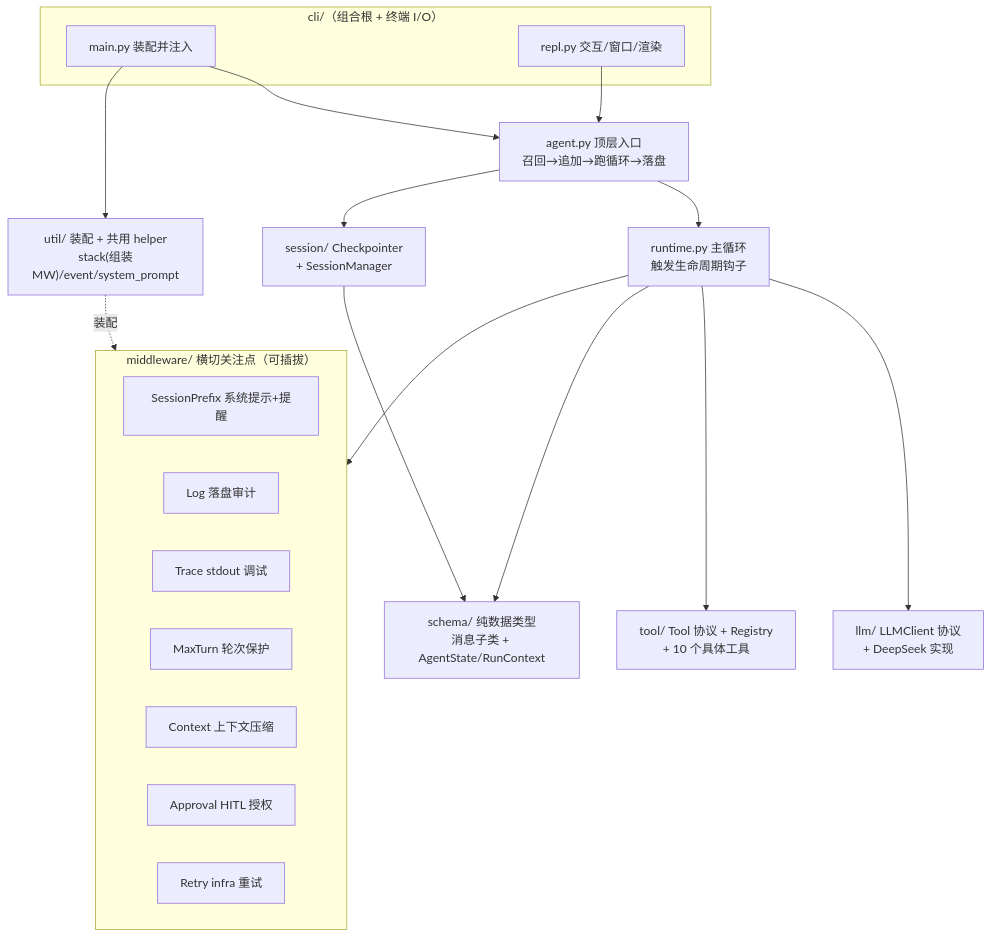
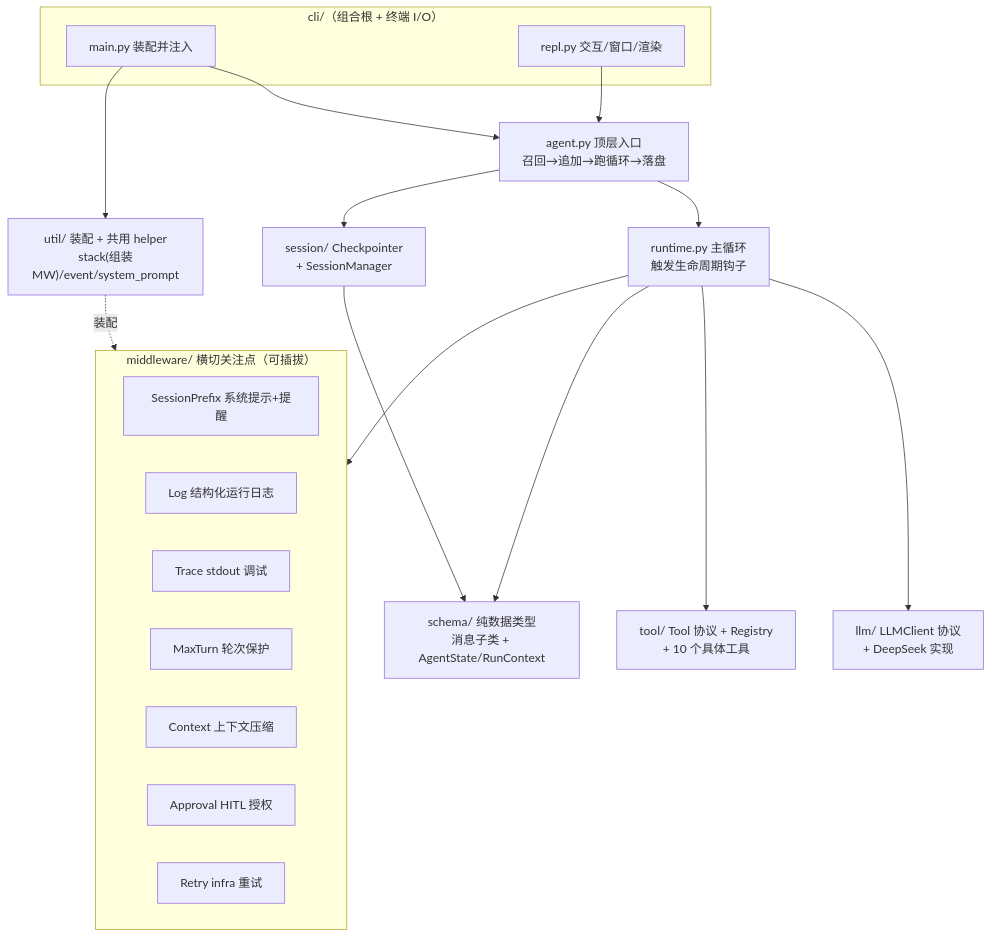
One commit to hxy2321548628/agent_mvp changed the diagram in doc/agent-design/01-mental-model.md. Above: the diagram before and after it, drawn with Mermaid. The commit also changed 32 other files, not shown here.

````diff
--- a/doc/agent-design/01-mental-model.md
+++ b/doc/agent-design/01-mental-model.md
@@ -28,38 +28,38 @@
 ```mermaid
 graph TD
     subgraph CLI["cli/（组合根 + 终端 I/O）"]
         main["main.py 装配并注入"]
         repl["repl.py 交互/窗口/渲染"]
     end
 
     agent["agent.py 顶层入口<br/>召回→追加→跑循环→落盘"]
     runtime["runtime.py 主循环<br/>触发生命周期钩子"]
 
     subgraph MW["middleware/ 横切关注点（可插拔）"]
         prefix["SessionPrefix 系统提示+提醒"]
-        log["Log 落盘审计"]
+        log["Log 结构化运行日志"]
         trace["Trace stdout 调试"]
         maxturn["MaxTurn 轮次保护"]
         context["Context 上下文压缩"]
         approval["Approval HITL 授权"]
         retry["Retry infra 重试"]
     end
 
     llm["llm/ LLMClient 协议<br/>+ DeepSeek 实现"]
     tool["tool/ Tool 协议 + Registry<br/>+ 10 个具体工具"]
     session["session/ Checkpointer<br/>+ SessionManager"]
     schema["schema/ 纯数据类型<br/>消息子类 + AgentState/RunContext"]
     util["util/ 装配 + 共用 helper<br/>stack(组装MW)/event/system_prompt"]
 
     main --> agent
     main --> util
     repl --> agent
     agent --> runtime
     agent --> session
     runtime --> MW
     runtime --> llm
     runtime --> tool
     runtime --> schema
     session --> schema
     util -.装配.-> MW
 ```
````
